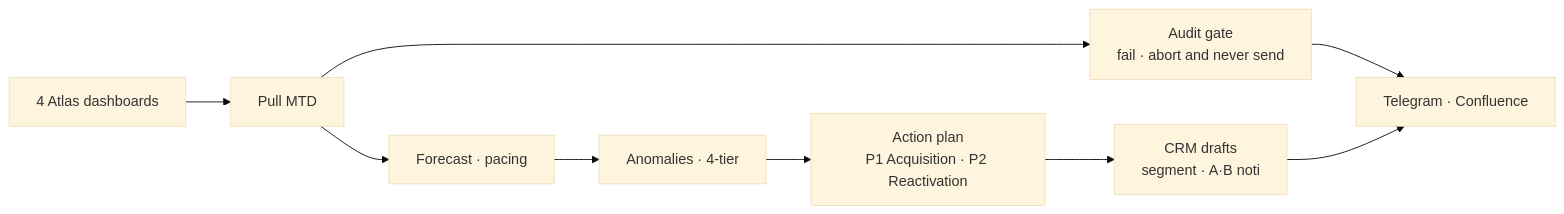
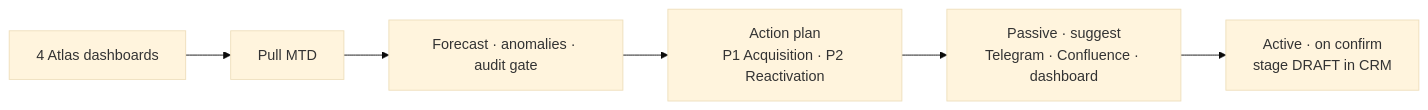
The second of 2 diagrams in README.md (thai-max-nguyen/claw-a-thon-demo-agent-mvp), drawn with Mermaid (base theme) before and after one commit. The commit also changed other lines of this file, not shown here.

First line of the commit message:
fix: Active flow as LR flowchart (sequence flaked on GitHub) + update outdated 'How it thinks'

````diff
--- a/README.md
+++ b/README.md
@@ -235,11 +224,8 @@
 ```mermaid
 flowchart LR
   A["4 Atlas dashboards"] --> B["Pull MTD"]
-  B --> G["Audit gate<br/>fail · abort and never send"]
-  B --> C["Forecast · pacing"]
-  C --> D["Anomalies · 4-tier"]
-  D --> E["Action plan<br/>P1 Acquisition · P2 Reactivation"]
-  E --> F["CRM drafts<br/>segment · A·B noti"]
-  G --> H["Telegram · Confluence"]
-  F --> H
+  B --> C["Forecast · anomalies · audit gate"]
+  C --> E["Action plan<br/>P1 Acquisition · P2 Reactivation"]
+  E --> S["Passive · suggest<br/>Telegram · Confluence · dashboard"]
+  S --> K["Active · on confirm<br/>stage DRAFT in CRM"]
 ```
````
